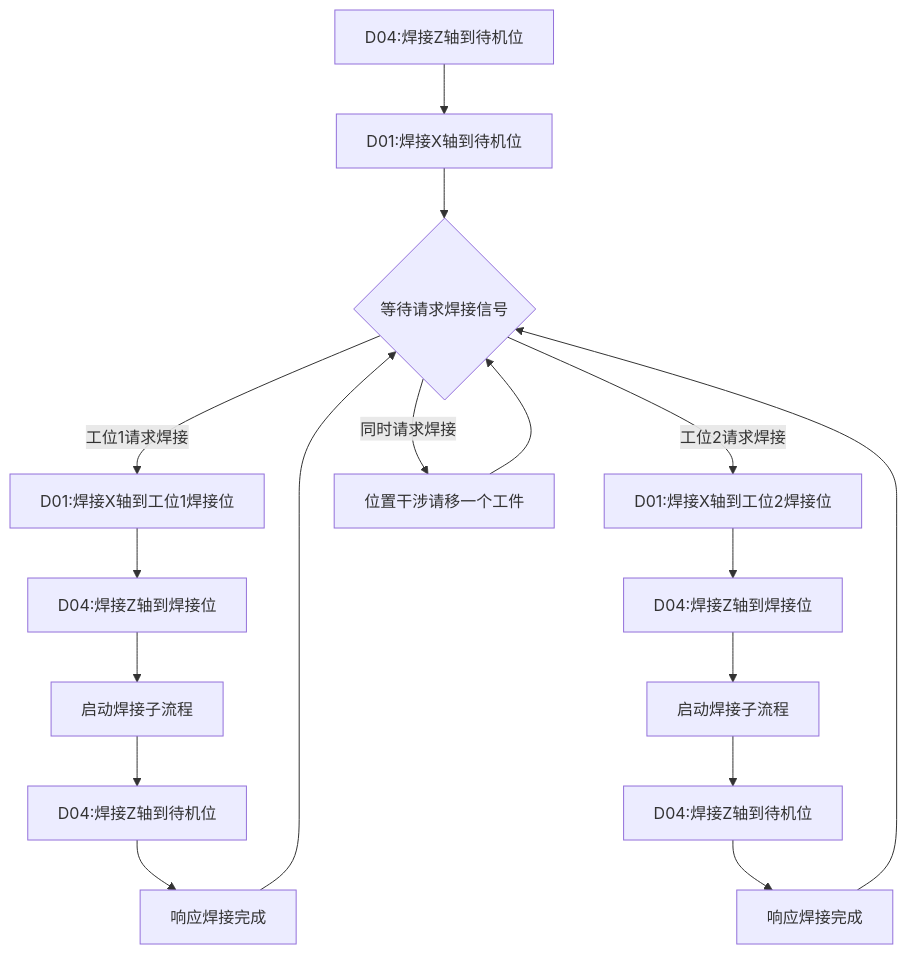
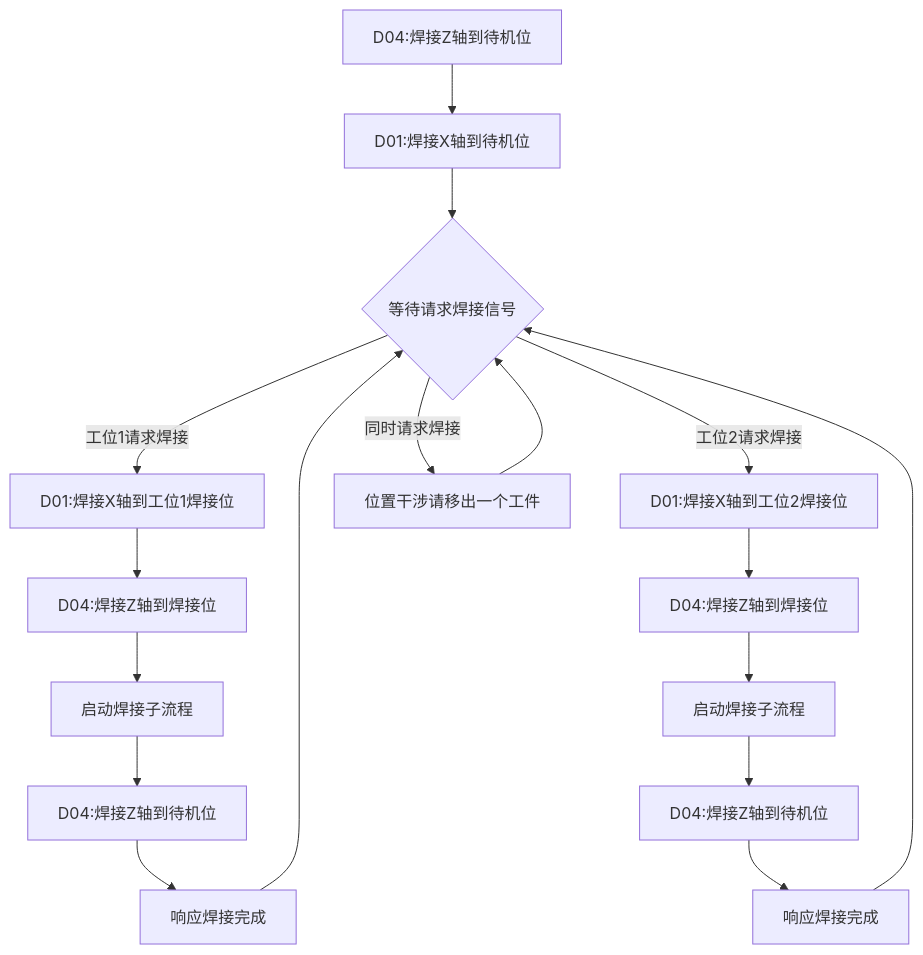
One commit to PengKun1/iodraw-files changed the diagram in all/OP20-1焊接工位自动流程.md. Above: the diagram before and after it, drawn with Mermaid.

Commit message:
2024-08-07 09:08:55 update

````diff
--- a/all/OP20-1焊接工位自动流程.md
+++ b/all/OP20-1焊接工位自动流程.md
@@ -1,20 +1,20 @@
 ```mermaid
 graph TD
 10[D04:焊接Z轴到待机位]-->20
 20[D01:焊接X轴到待机位]-->30
 30{等待请求焊接信号}-->|工位1请求焊接|40
 30-->|工位2请求焊接|100
 30-->|同时请求焊接|900
 40[D01:焊接X轴到工位1焊接位]-->50
 50[D04:焊接Z轴到焊接位]-->60
 60[启动焊接子流程]-->70
 70[D04:焊接Z轴到待机位]-->80
 80[响应焊接完成]-->30
 100[D01:焊接X轴到工位2焊接位]-->110
 110[D04:焊接Z轴到焊接位]-->120
 120[启动焊接子流程]-->130
 130[D04:焊接Z轴到待机位]-->140
 140[响应焊接完成]-->30
 
-900[位置干涉请移一个工件]-->30
+900[位置干涉请移出一个工件]-->30
 ```
````
